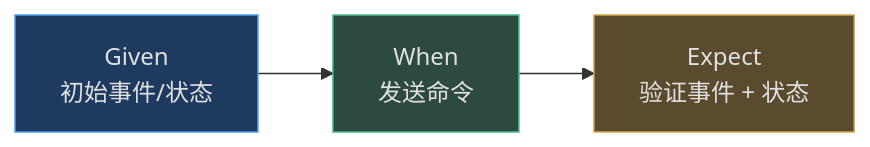
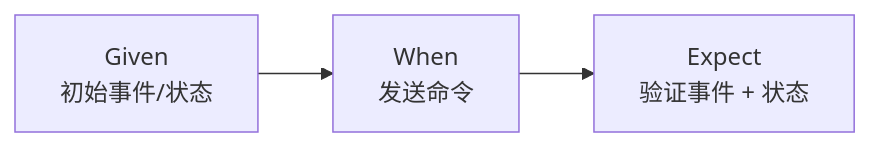
One commit to Ahoo-Wang/Wow changed the ninth of 9 diagrams in documentation/docs/zh/onboarding/contributor-guide.md. Above: the diagram before and after it, drawn with Mermaid. The commit also changed other lines of this file and 32 other files, not shown here.

Commit message:
docs: remove unsupported style/classDef directives from stateDiagram-v2 Mermaid blocks

````diff
--- a/documentation/docs/zh/onboarding/contributor-guide.md
+++ b/documentation/docs/zh/onboarding/contributor-guide.md
@@ -832,9 +796,6 @@
 ```mermaid
 graph LR
     G[Given<br>初始事件/状态] --> W[When<br>发送命令]
     W --> E[Expect<br>验证事件 + 状态]
 
-    style G fill:#1e3a5f,stroke:#4a9eed,color:#e0e0e0
-    style W fill:#2d4a3e,stroke:#4aba8a,color:#e0e0e0
-    style E fill:#5a4a2e,stroke:#d4a84b,color:#e0e0e0
 ```
````
